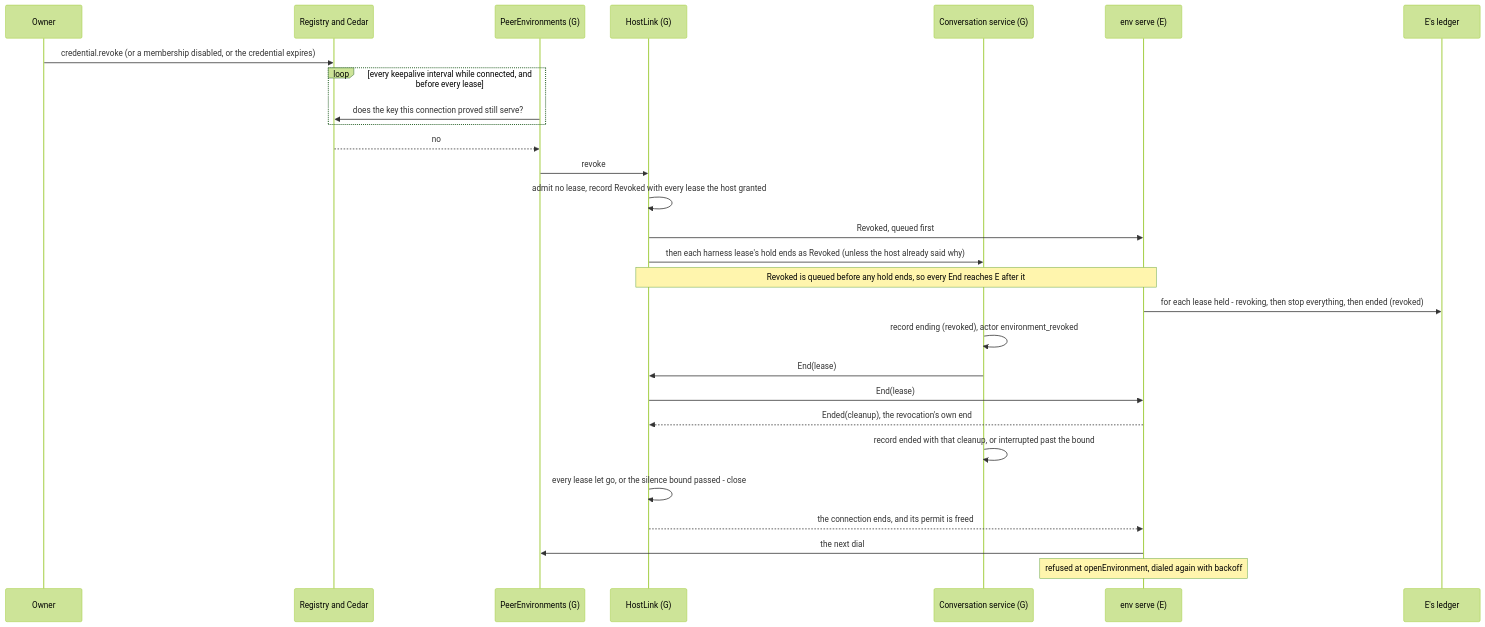
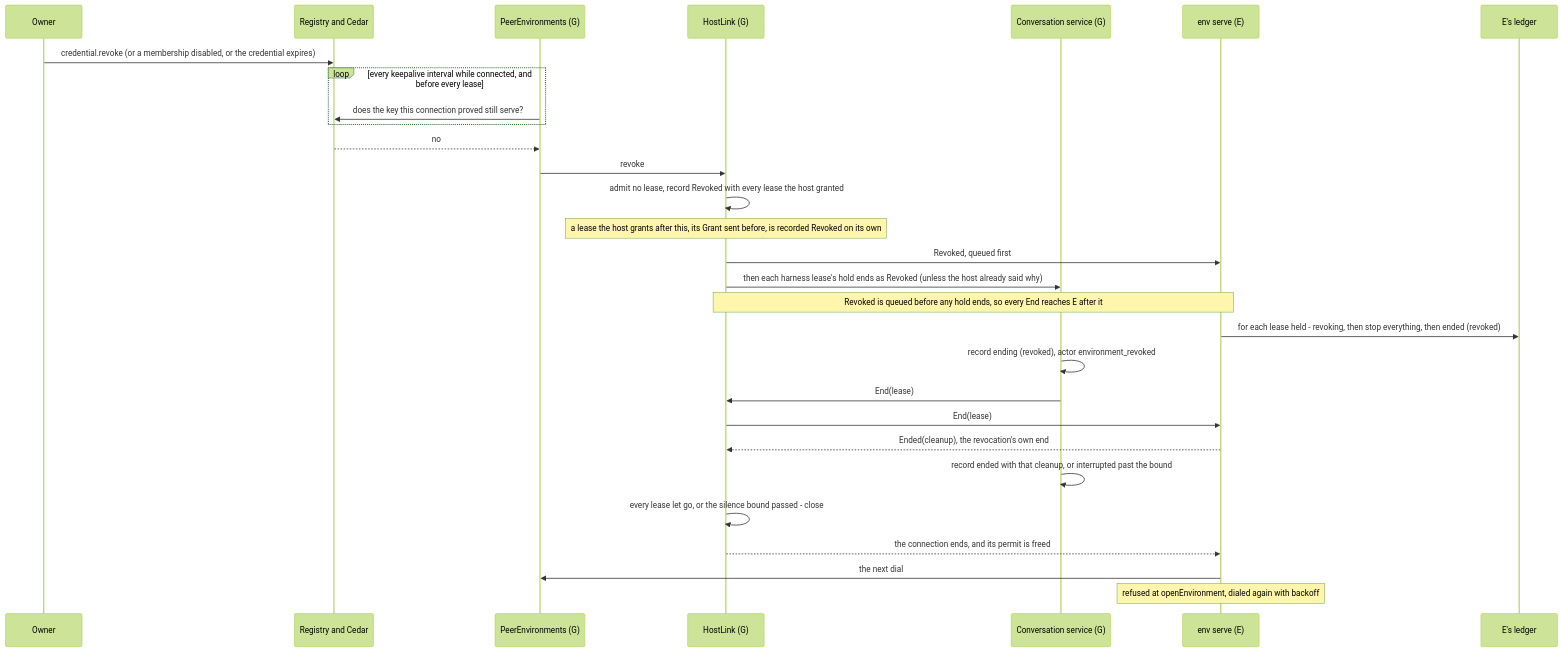
The third of 10 diagrams in docs/design/auth/peer-gateways.md (nessalabs/nessa-agent), drawn with Mermaid (forest theme) before and after one commit. The commit also changed other lines of this file and 4 other files, not shown here.

First line of the commit message:
Record a lease granted after its revocation, and never blame a finished command on one (slice I of #252, part I-2a)

````diff
--- a/docs/design/auth/peer-gateways.md
+++ b/docs/design/auth/peer-gateways.md
@@ -269,30 +269,31 @@
 ```mermaid
 sequenceDiagram
     participant O as Owner
     participant S as Registry and Cedar
     participant P as PeerEnvironments (G)
     participant L as HostLink (G)
     participant C as Conversation service (G)
     participant E as env serve (E)
     participant J as E's ledger
     O->>S: credential.revoke (or a membership disabled, or the credential expires)
     loop every keepalive interval while connected, and before every lease
         P->>S: does the key this connection proved still serve?
     end
     S-->>P: no
     P->>L: revoke
     L->>L: admit no lease, record Revoked with every lease the host granted
+    Note over L: a lease the host grants after this, its Grant sent before, is recorded Revoked on its own
     L->>E: Revoked, queued first
     L->>C: then each harness lease's hold ends as Revoked (unless the host already said why)
     Note over L,E: Revoked is queued before any hold ends, so every End reaches E after it
     E->>J: for each lease held - revoking, then stop everything, then ended (revoked)
     C->>C: record ending (revoked), actor environment_revoked
     C->>L: End(lease)
     L->>E: End(lease)
     E-->>L: Ended(cleanup), the revocation's own end
     C->>C: record ended with that cleanup, or interrupted past the bound
     L->>L: every lease let go, or the silence bound passed - close
     L-->>E: the connection ends, and its permit is freed
     E->>P: the next dial
     Note over E: refused at openEnvironment, dialed again with backoff
 ```
````
